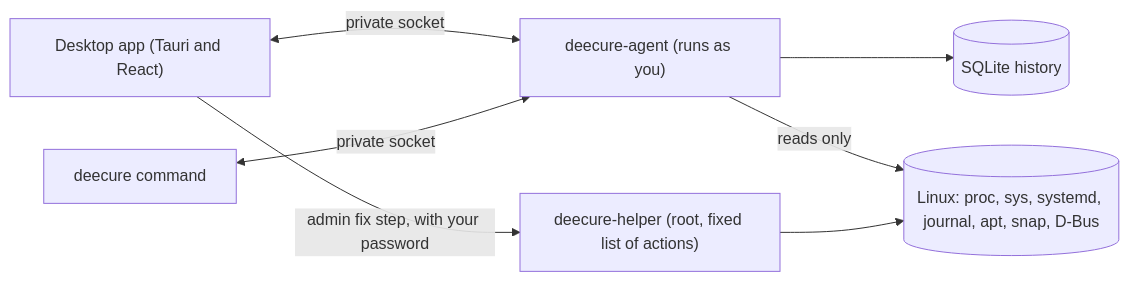
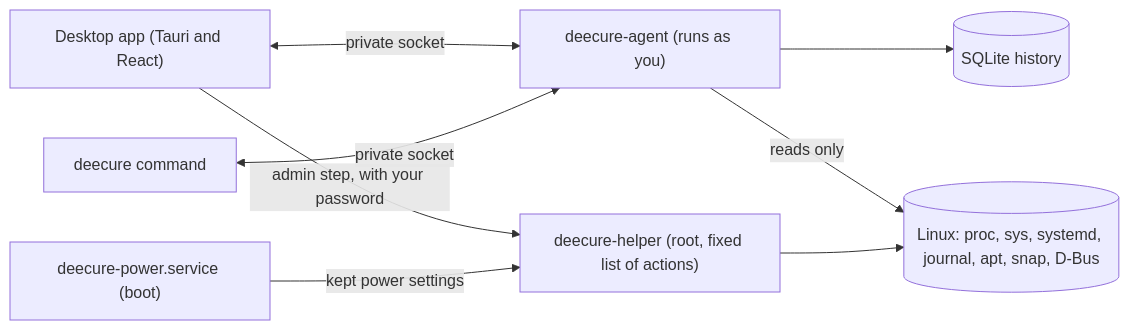
One commit to krisskad0/DeeCure changed the diagram in README.md. Above: the diagram before and after it, drawn with Mermaid. The commit also changed other lines of this file and 13 other files, not shown here.

````diff
--- a/README.md
+++ b/README.md
@@ -55,15 +116,17 @@
 ```mermaid
 flowchart LR
   App["Desktop app (Tauri and React)"]
   CLI["deecure command"]
   Agent["deecure-agent (runs as you)"]
   DB[("SQLite history")]
   Linux[("Linux: proc, sys, systemd, journal, apt, snap, D-Bus")]
   Helper["deecure-helper (root, fixed list of actions)"]
+  Boot["deecure-power.service (boot)"]
   App <-->|private socket| Agent
   CLI <-->|private socket| Agent
   Agent --> DB
   Agent -->|reads only| Linux
-  App -->|admin fix step, with your password| Helper
+  App -->|admin step, with your password| Helper
   Helper --> Linux
+  Boot -->|kept power settings| Helper
 ```
````
